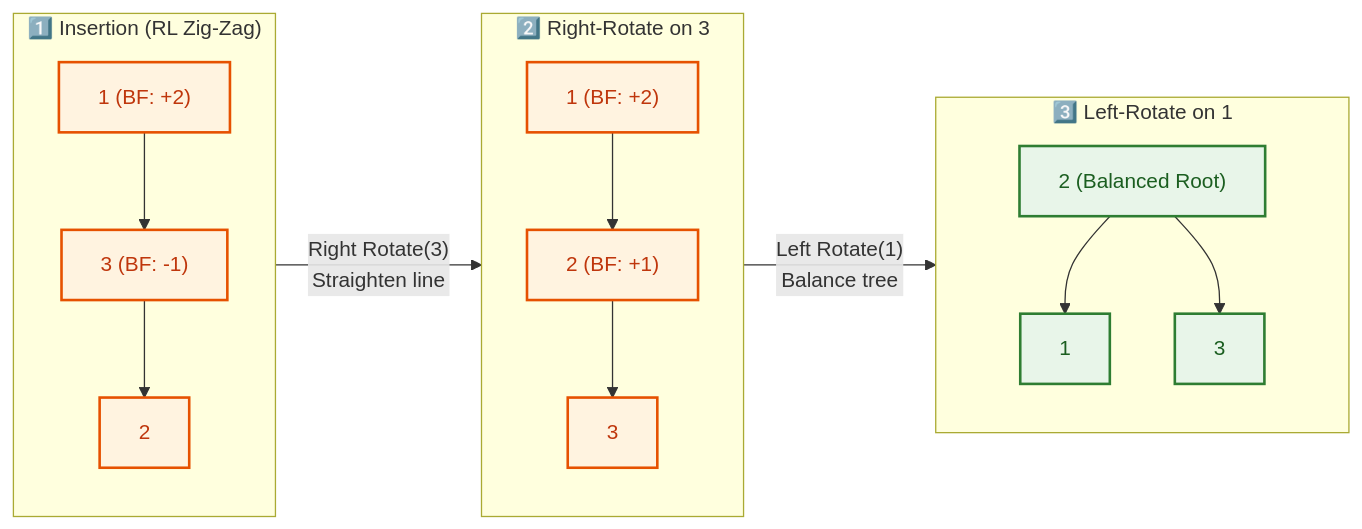
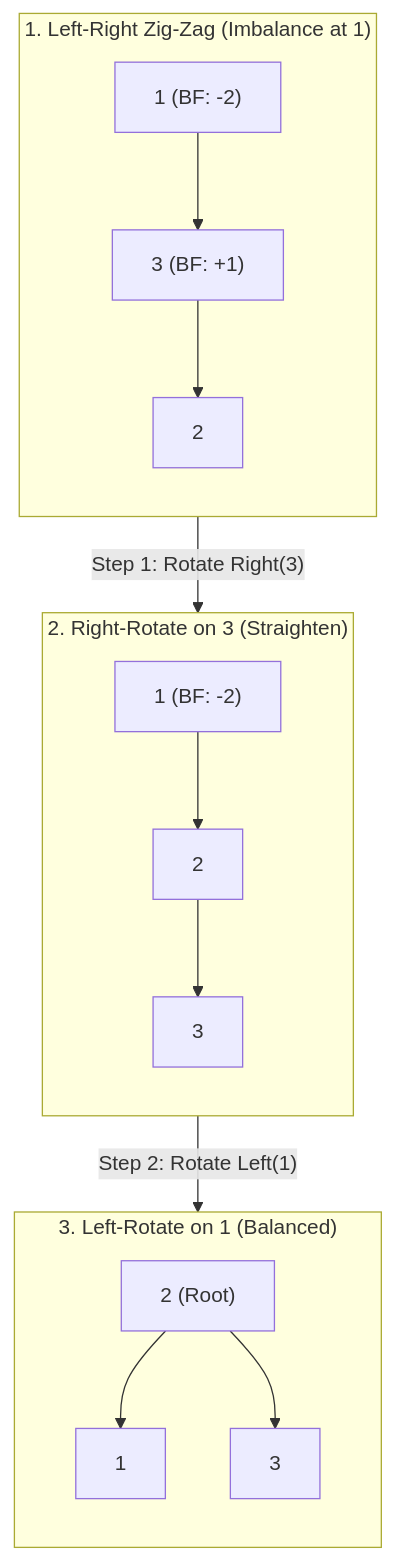
Before and after one commit to dip4k/DSA_102: the diagram in week_07_trees_and_balanced_search_trees/Week_07_Day_03_Balanced_BSTs_AVL_And_RedBlack_Instructional.md, drawn with Mermaid. The commit also changed other lines of this file and 191 other files, not shown here.

````diff
--- a/week_07_trees_and_balanced_search_trees/Week_07_Day_03_Balanced_BSTs_AVL_And_RedBlack_Instructional.md
+++ b/week_07_trees_and_balanced_search_trees/Week_07_Day_03_Balanced_BSTs_AVL_And_RedBlack_Instructional.md
@@ -265,29 +85,23 @@
 ```mermaid
-flowchart LR
-    classDef warn fill:#fff3e0,stroke:#e65100,stroke-width:2px,color:#bf360c
-    classDef balanced fill:#e8f5e9,stroke:#2e7d32,stroke-width:2px,color:#1b5e20
-
-    subgraph S1["1️⃣ Insertion (RL Zig-Zag)"]
+flowchart TD
+    subgraph S1["1. Left-Right Zig-Zag (Imbalance at 1)"]
         direction TB
-        N1["1 (BF: +2)"]:::warn --> N3["3 (BF: -1)"]:::warn
-        N3 --> N2["2"]:::warn
+        A1["1 (BF: -2)"] --> A3["3 (BF: +1)"]
+        A3 --> A2["2"]
     end
 
-    subgraph S2["2️⃣ Right-Rotate on 3"]
+    subgraph S2["2. Right-Rotate on 3 (Straighten)"]
         direction TB
-        M1["1 (BF: +2)"]:::warn --> M2["2 (BF: +1)"]:::warn
-        M2 --> M3["3"]:::warn
+        B1["1 (BF: -2)"] --> B2["2"]
+        B2 --> B3["3"]
     end
 
-    subgraph S3["3️⃣ Left-Rotate on 1"]
+    subgraph S3["3. Left-Rotate on 1 (Balanced)"]
         direction TB
-        R2["2 (Balanced Root)"]:::balanced
-        R1["1"]:::balanced
-        R3["3"]:::balanced
-        R2 --> R1
-        R2 --> R3
+        C2["2 (Root)"] --> C1["1"]
+        C2 --> C3["3"]
     end
 
-    S1 -->|"Right Rotate(3)<br/>Straighten line"| S2
-    S2 -->|"Left Rotate(1)<br/>Balance tree"| S3
+    S1 -->|"Step 1: Rotate Right(3)"| S2
+    S2 -->|"Step 2: Rotate Left(1)"| S3
 ```
````
